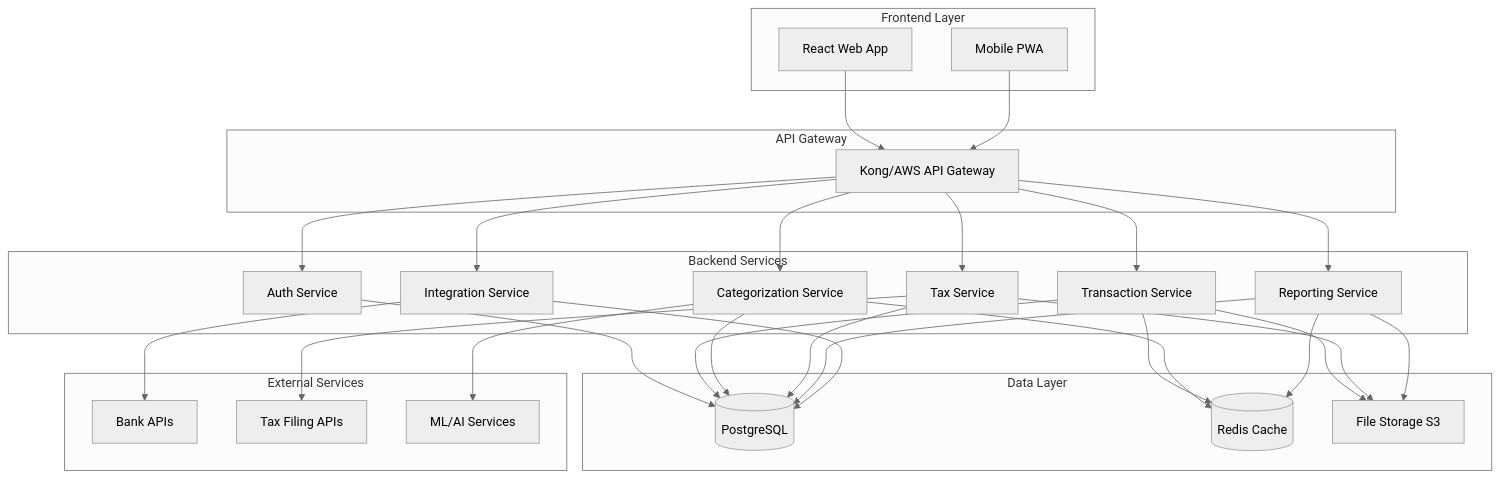
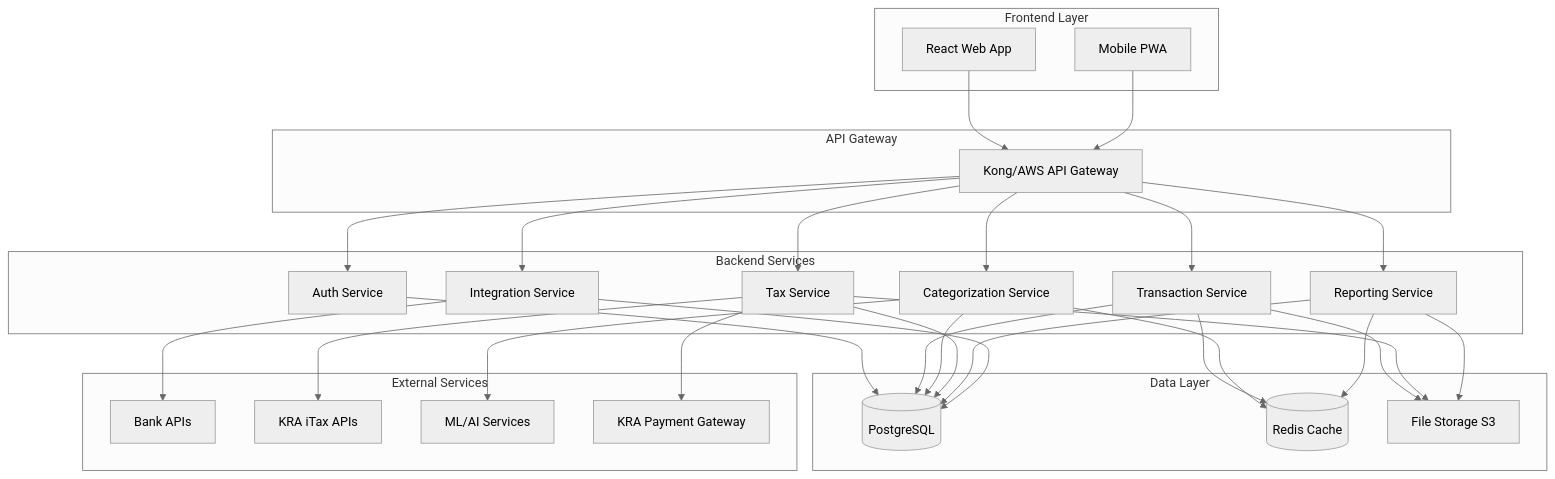
One commit to nicanornicolas/FINANCE-APP changed the first of 2 diagrams in .kiro/specs/production-finance-app/design.md. Above: the diagram before and after it, drawn with Mermaid (neutral theme). The commit also changed other lines of this file and 11 other files, not shown here.

First line of the commit message:
Add KRA tax integration and Kenyan market support

````diff
--- a/.kiro/specs/production-finance-app/design.md
+++ b/.kiro/specs/production-finance-app/design.md
@@ -11,60 +11,62 @@
 ```mermaid
 graph TB
     subgraph "Frontend Layer"
         A[React Web App]
         B[Mobile PWA]
     end
     
     subgraph "API Gateway"
         C[Kong/AWS API Gateway]
     end
     
     subgraph "Backend Services"
         D[Auth Service]
         E[Transaction Service]
         F[Categorization Service]
         G[Tax Service]
         H[Reporting Service]
         I[Integration Service]
     end
     
     subgraph "Data Layer"
         J[(PostgreSQL)]
         K[(Redis Cache)]
         L[File Storage S3]
     end
     
     subgraph "External Services"
         M[Bank APIs]
-        N[Tax Filing APIs]
+        N[KRA iTax APIs]
         O[ML/AI Services]
+        P[KRA Payment Gateway]
     end
     
     A --> C
     B --> C
     C --> D
     C --> E
     C --> F
     C --> G
     C --> H
     C --> I
     
     D --> J
     E --> J
     F --> J
     G --> J
     H --> J
     I --> J
     
     E --> K
     F --> K
     H --> K
     
     E --> L
     G --> L
     H --> L
     
     I --> M
     G --> N
+    G --> P
     F --> O
 ```
````
